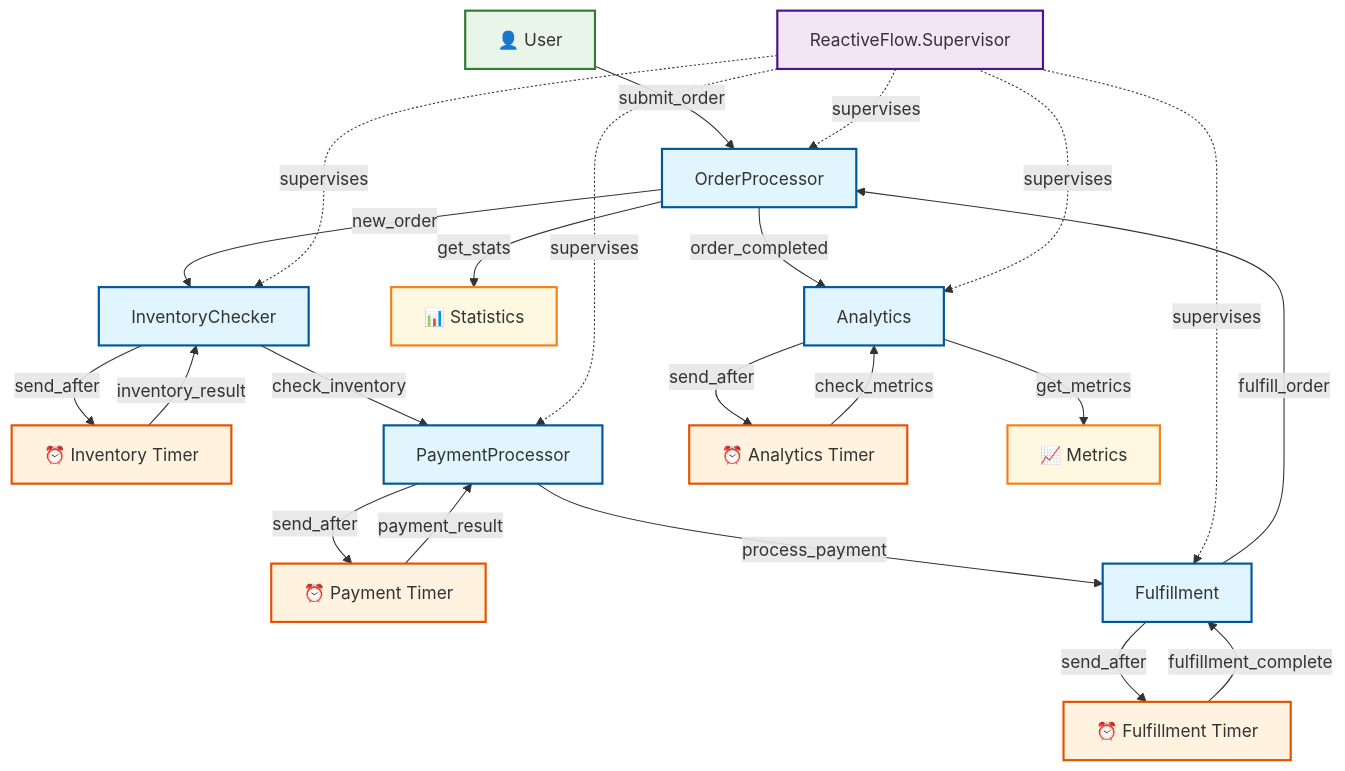
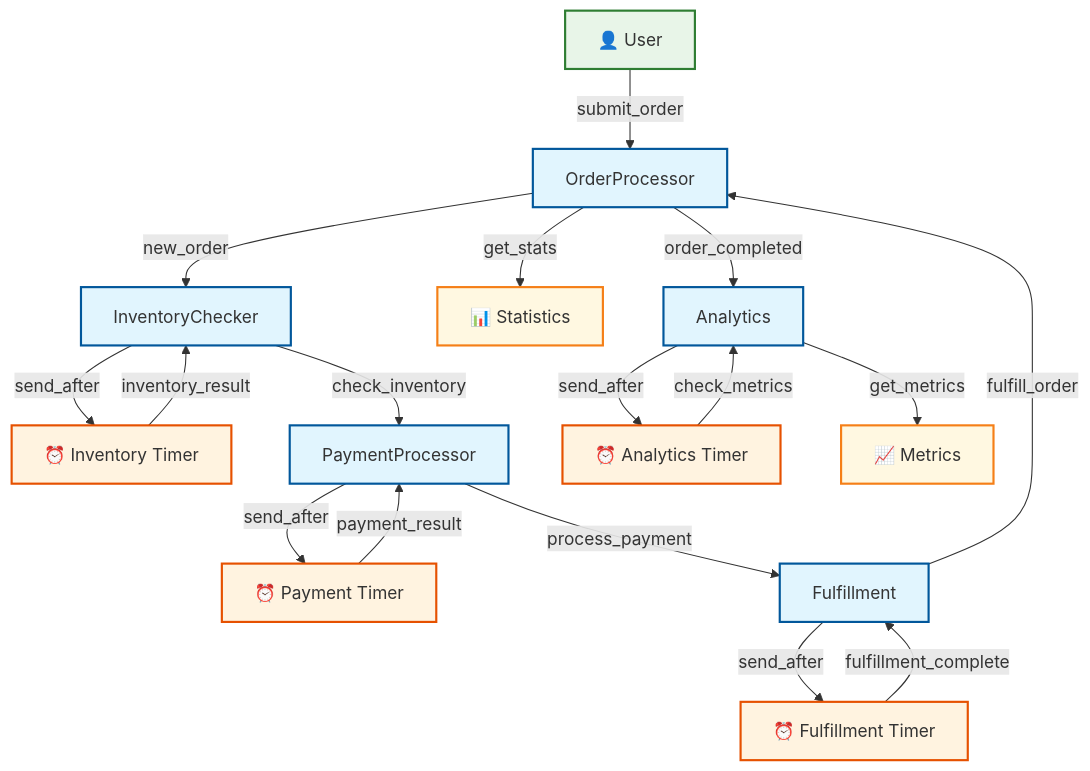
Before and after one commit to grrrisu/reactive_flow: the diagram in reactiveflow_mermaid.mermaid, drawn with Mermaid. The commit also changed 4 other files, not shown here.

Commit message:
add diagram

```diff
--- a/reactiveflow_mermaid.mermaid
+++ b/reactiveflow_mermaid.mermaid
@@ -1,42 +1,35 @@
 graph TD
     User[👤 User] -->|submit_order| OP[OrderProcessor]
     
     OP -->|new_order| IC[InventoryChecker]
     OP -->|get_stats| Stats[📊 Statistics]
     
     IC -->|send_after| IC_Timer[⏰ Inventory Timer]
     IC_Timer -->|inventory_result| IC
     IC -->|check_inventory| PP[PaymentProcessor]
     
     PP -->|send_after| PP_Timer[⏰ Payment Timer]
     PP_Timer -->|payment_result| PP
     PP -->|process_payment| F[Fulfillment]
     
     F -->|send_after| F_Timer[⏰ Fulfillment Timer]
     F_Timer -->|fulfillment_complete| F
     F -->|fulfill_order| OP
     
     OP -->|order_completed| A[Analytics]
     A -->|send_after| A_Timer[⏰ Analytics Timer]
     A_Timer -->|check_metrics| A
     A -->|get_metrics| Metrics[📈 Metrics]
     
-    %% Supervision
-    S[ReactiveFlow.Supervisor] -.->|supervises| OP
-    S -.->|supervises| IC
-    S -.->|supervises| PP
-    S -.->|supervises| F
-    S -.->|supervises| A
-    
     %% Styling
     classDef genserver fill:#e1f5fe,stroke:#01579b,stroke-width:2px
     classDef timer fill:#fff3e0,stroke:#e65100,stroke-width:2px
     classDef supervisor fill:#f3e5f5,stroke:#4a148c,stroke-width:2px
     classDef user fill:#e8f5e8,stroke:#2e7d32,stroke-width:2px
     classDef data fill:#fff8e1,stroke:#f57f17,stroke-width:2px
     
     class OP,IC,PP,F,A genserver
     class IC_Timer,PP_Timer,F_Timer,A_Timer timer
     class S supervisor
     class User user
     class Stats,Metrics data
```
